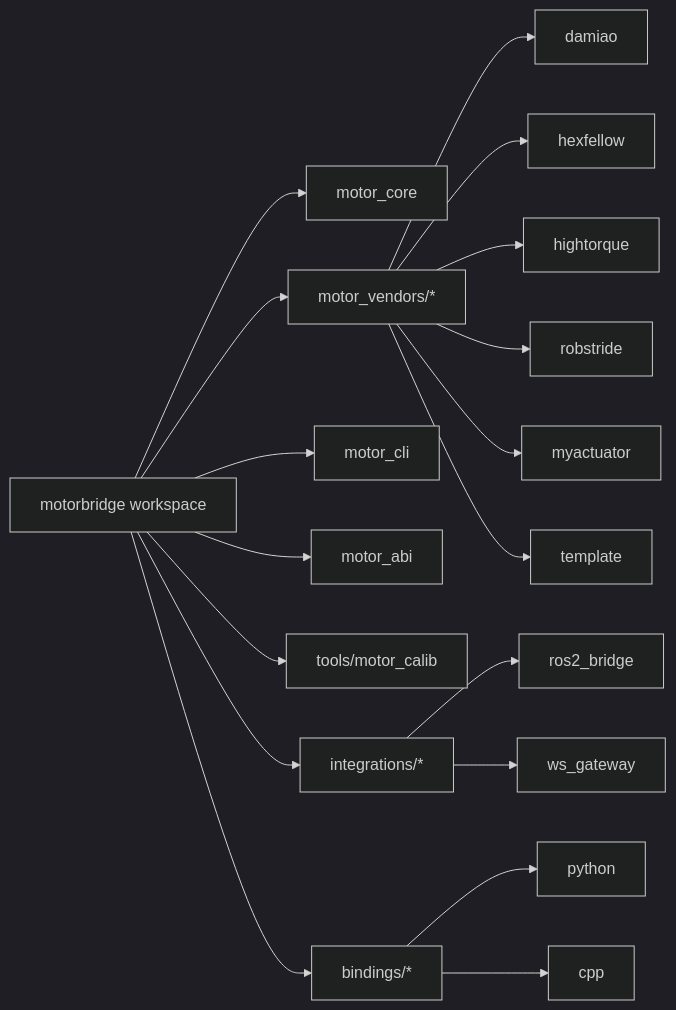
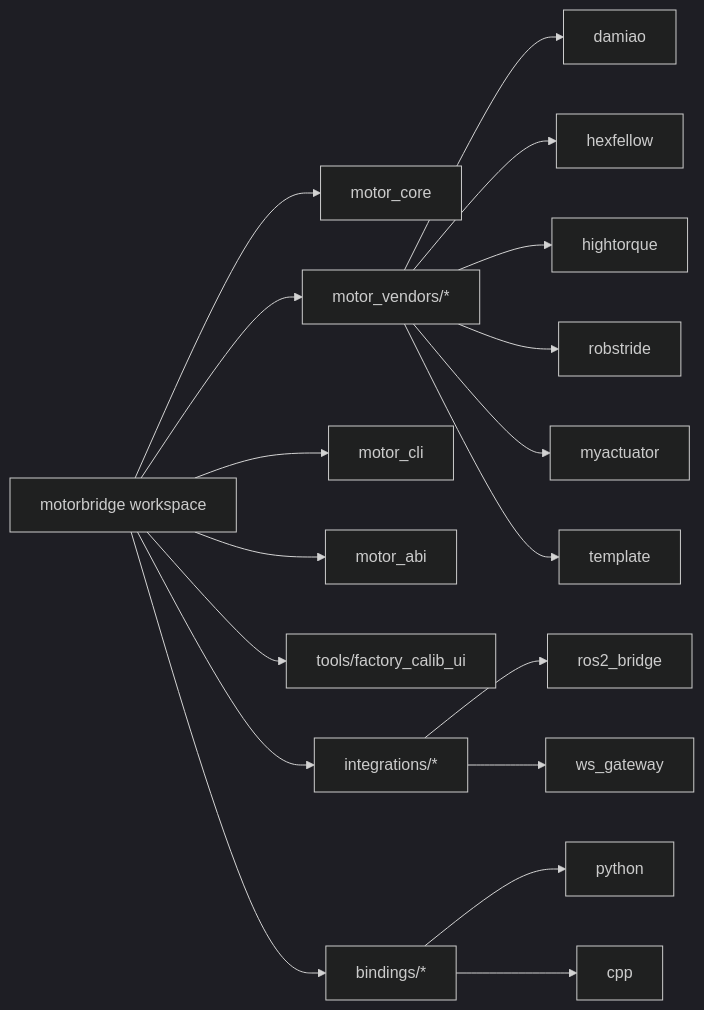
The second of 3 diagrams in README.md (tianrking/motorbridge), drawn with Mermaid (dark theme) before and after one commit. The commit also changed 54 other files, not shown here.

First line of the commit message:
feat(ws-gateway,ui): refactor factory calib workflow and harden gateway session handling

````diff
--- a/README.md
+++ b/README.md
@@ -71,20 +71,20 @@
 ```mermaid
 flowchart LR
   ROOT["motorbridge workspace"] --> CORE["motor_core"]
   ROOT --> VENDORS["motor_vendors/*"]
   ROOT --> CLI["motor_cli"]
   ROOT --> ABI["motor_abi"]
-  ROOT --> TOOLS["tools/motor_calib"]
+  ROOT --> TOOLS["tools/factory_calib_ui"]
   ROOT --> INTS["integrations/*"]
   ROOT --> BIND["bindings/*"]
   VENDORS --> VD["damiao"]
   VENDORS --> VH["hexfellow"]
   VENDORS --> VHT["hightorque"]
   VENDORS --> VR["robstride"]
   VENDORS --> VM["myactuator"]
   VENDORS --> VT["template"]
   INTS --> ROS["ros2_bridge"]
   INTS --> WS["ws_gateway"]
   BIND --> PY["python"]
   BIND --> CPP["cpp"]
 ```
````
